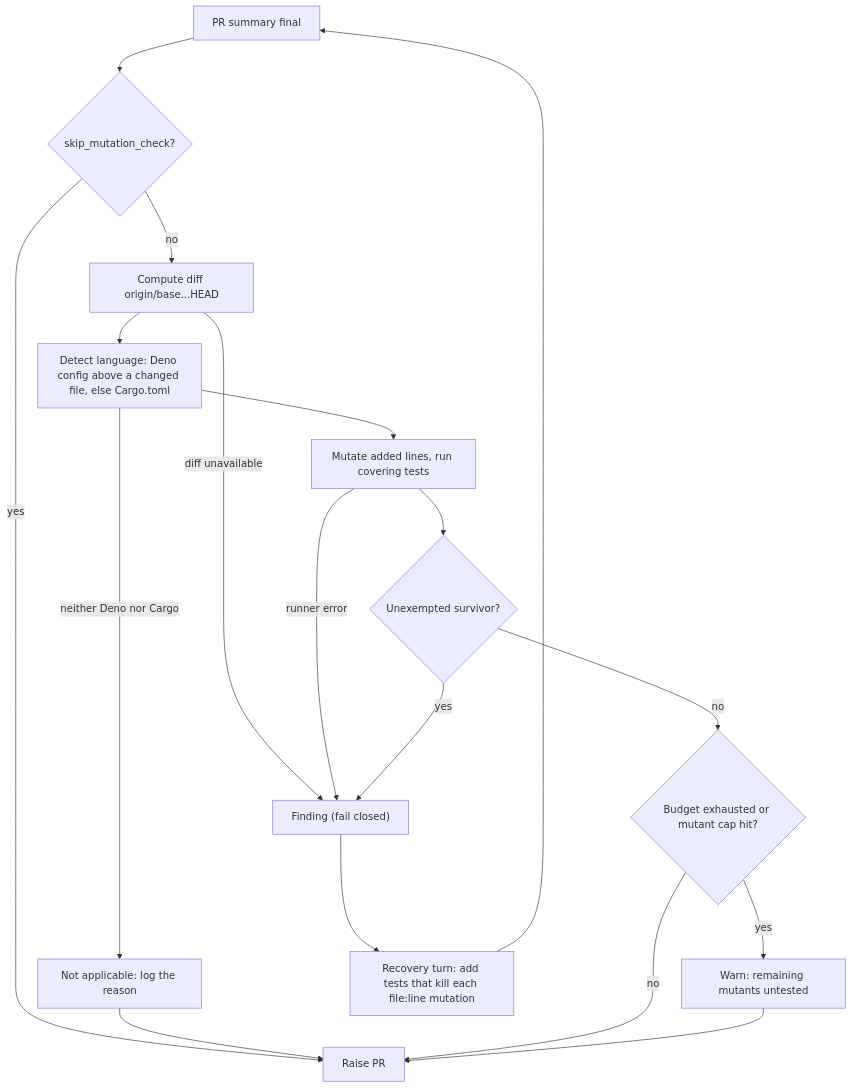
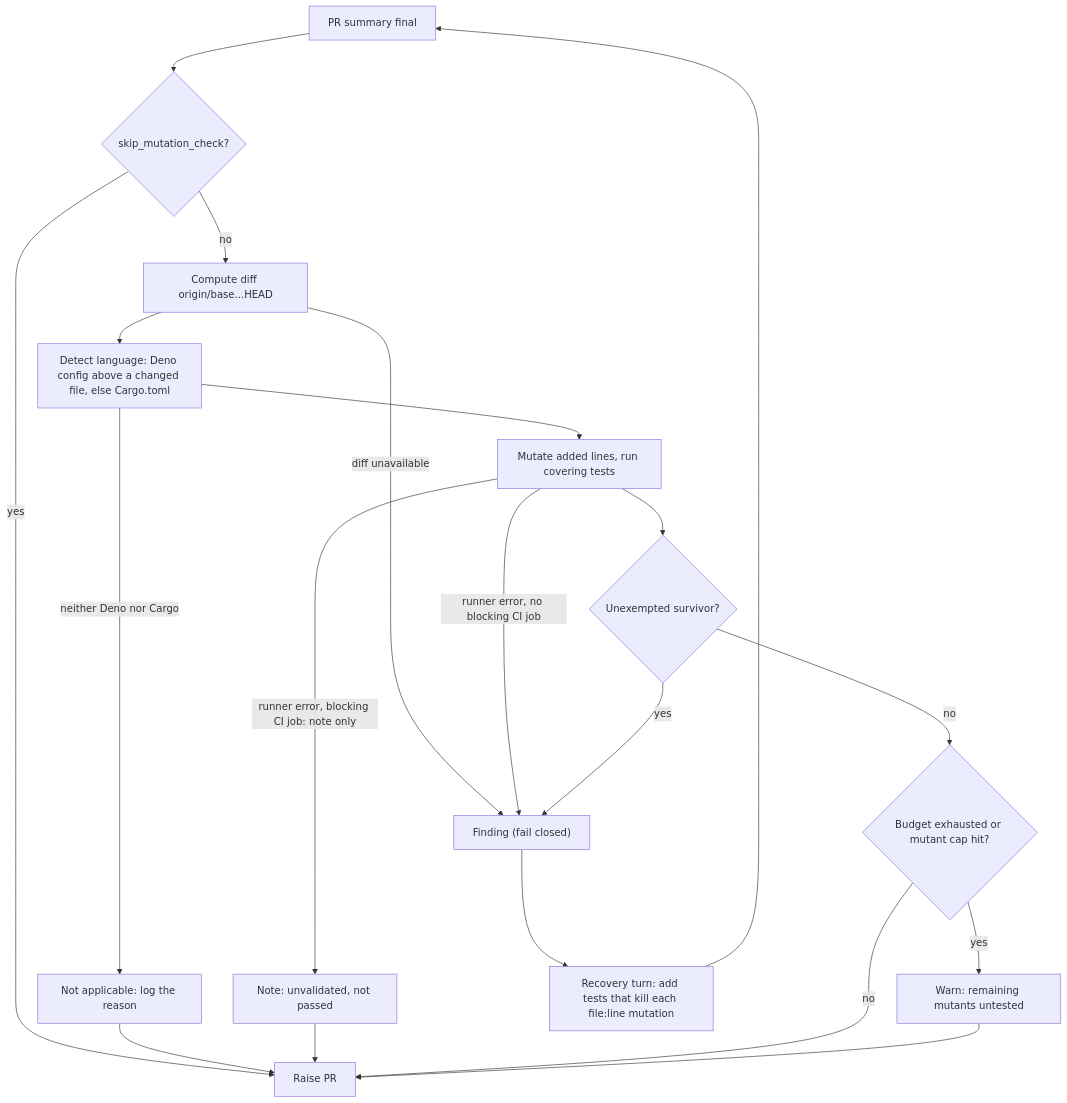
Before and after one commit to stSoftwareAU/VibeCoder: the first of 3 diagrams in docs/mutation-check.md, drawn with Mermaid. The commit also changed other lines of this file and 11 other files, not shown here.

````diff
--- a/docs/mutation-check.md
+++ b/docs/mutation-check.md
@@ -29,20 +34,22 @@
 ```mermaid
 flowchart TD
     A["PR summary final"] --> B{"skip_mutation_check?"}
     B -- yes --> Z["Raise PR"]
     B -- no --> D["Compute diff origin/base...HEAD"]
     D -- "diff unavailable" --> X["Finding (fail closed)"]
     D --> C["Detect language: Deno config above a changed file, else Cargo.toml"]
     C -- "neither Deno nor Cargo" --> N["Not applicable: log the reason"]
     N --> Z
     C --> E["Mutate added lines, run covering tests"]
-    E -- "runner error" --> X
+    E -- "runner error, no blocking CI job" --> X
+    E -- "runner error, blocking CI job: note only" --> N2["Note: unvalidated, not passed"]
+    N2 --> Z
     E --> F{"Unexempted survivor?"}
     F -- yes --> X
     F -- no --> G{"Budget exhausted or mutant cap hit?"}
     G -- yes --> W["Warn: remaining mutants untested"]
     G -- no --> Z
     W --> Z
     X --> R["Recovery turn: add tests that kill each file:line mutation"]
     R --> A
 ```
````
